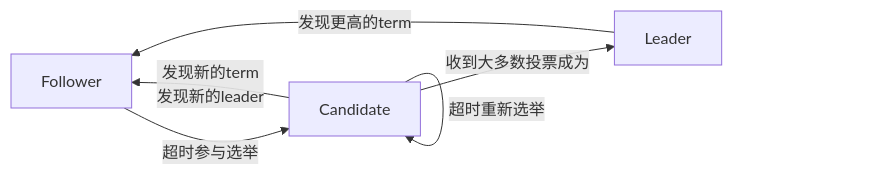
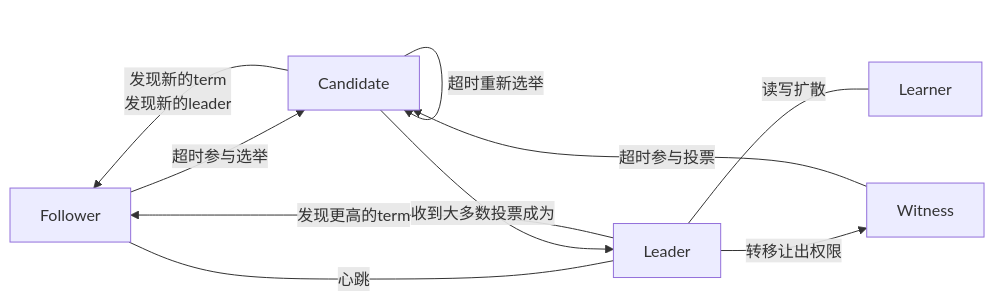
Before and after one commit to wanghenshui/wanghenshui.github.io: the diagram in _posts/mmd/raft-v1.mmd, drawn with Mermaid. The commit also changed 2 other files, not shown here.

```diff
--- a/_posts/mmd/raft-v1.mmd
+++ b/_posts/mmd/raft-v1.mmd
@@ -1,6 +1,10 @@
 flowchart LR
     Follower -->|超时参与选举| Candidate
+    Witness -->|超时参与投票| Candidate
+    Follower  --- |心跳|Leader
+    Leader --> |转移让出权限|Witness
     Candidate --> |超时重新选举| Candidate
     Candidate --> |收到大多数投票成为|Leader
     Leader --> |发现更高的term|Follower
     Candidate --> |发现新的term<br>发现新的leader|Follower
+    Leader --- |读写扩散|Learner
```
